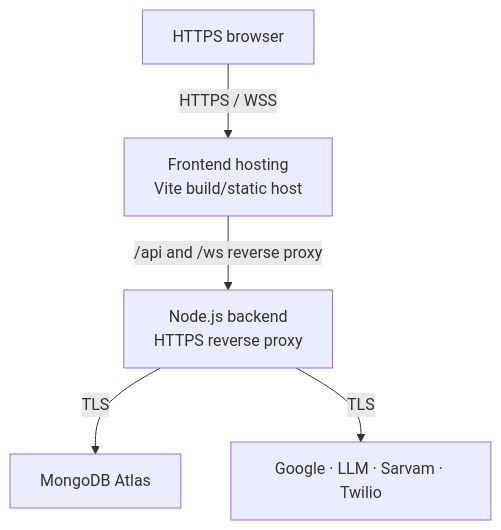
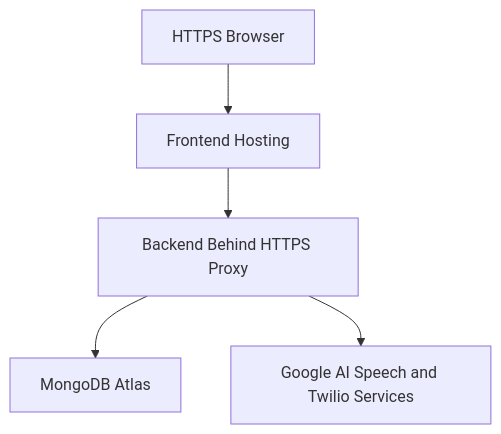
Diagram 11 of 11 in SYSTEM_ARCHITECTURE.md (sumitsingh24k/Doctor_AI_Platform), drawn with Mermaid before and after one commit. The commit also changed other lines of this file and 2 other files, not shown here.

Commit message:
system architecture & project flow add

````diff
--- a/SYSTEM_ARCHITECTURE.md
+++ b/SYSTEM_ARCHITECTURE.md
@@ -329,13 +203,7 @@
 ```mermaid
 flowchart TD
-  Browser[HTTPS browser]
-  Web[Frontend hosting\nVite build/static host]
-  Backend[Node.js backend\nHTTPS reverse proxy]
-  Atlas[MongoDB Atlas]
-  Providers[Google · LLM · Sarvam · Twilio]
-
-  Browser -->|HTTPS / WSS| Web
-  Web -->|/api and /ws reverse proxy| Backend
-  Backend -->|TLS| Atlas
-  Backend -->|TLS| Providers
+    Browser["HTTPS Browser"] --> Web["Frontend Hosting"]
+    Web --> Backend["Backend Behind HTTPS Proxy"]
+    Backend --> Atlas["MongoDB Atlas"]
+    Backend --> Services["Google AI Speech and Twilio Services"]
 ```
````
